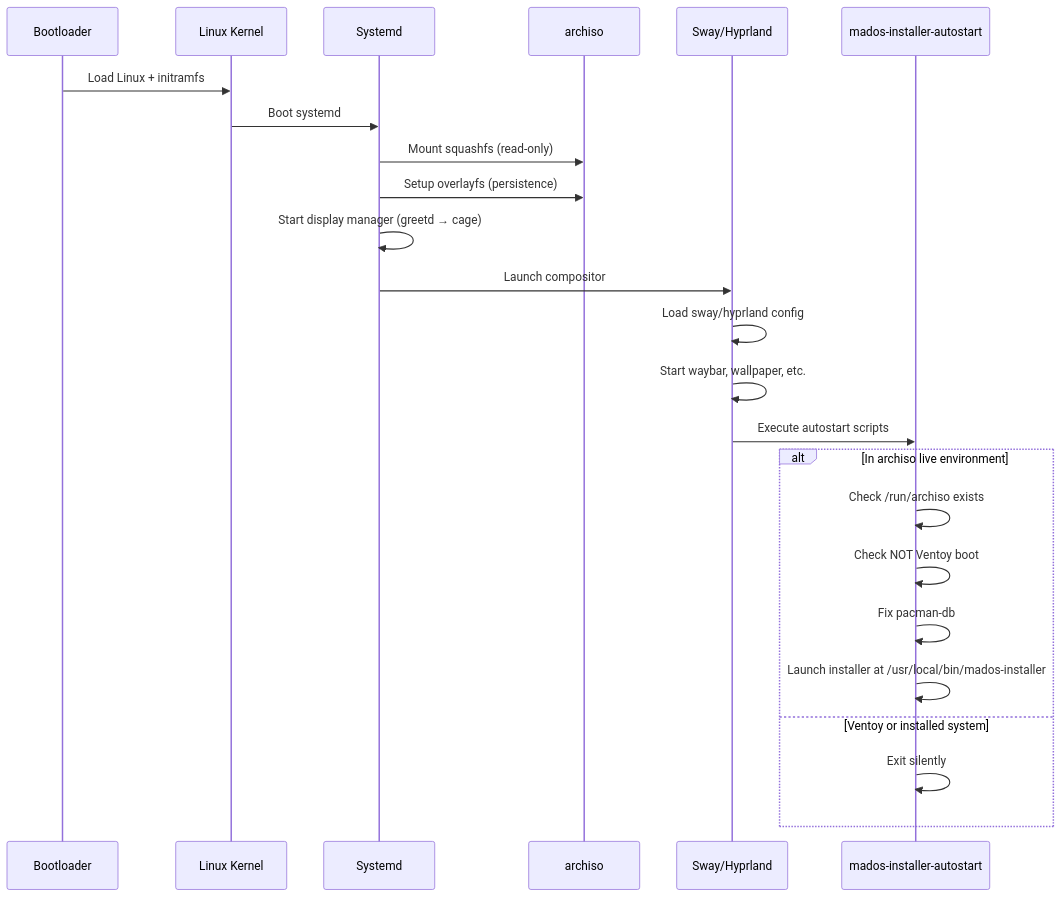
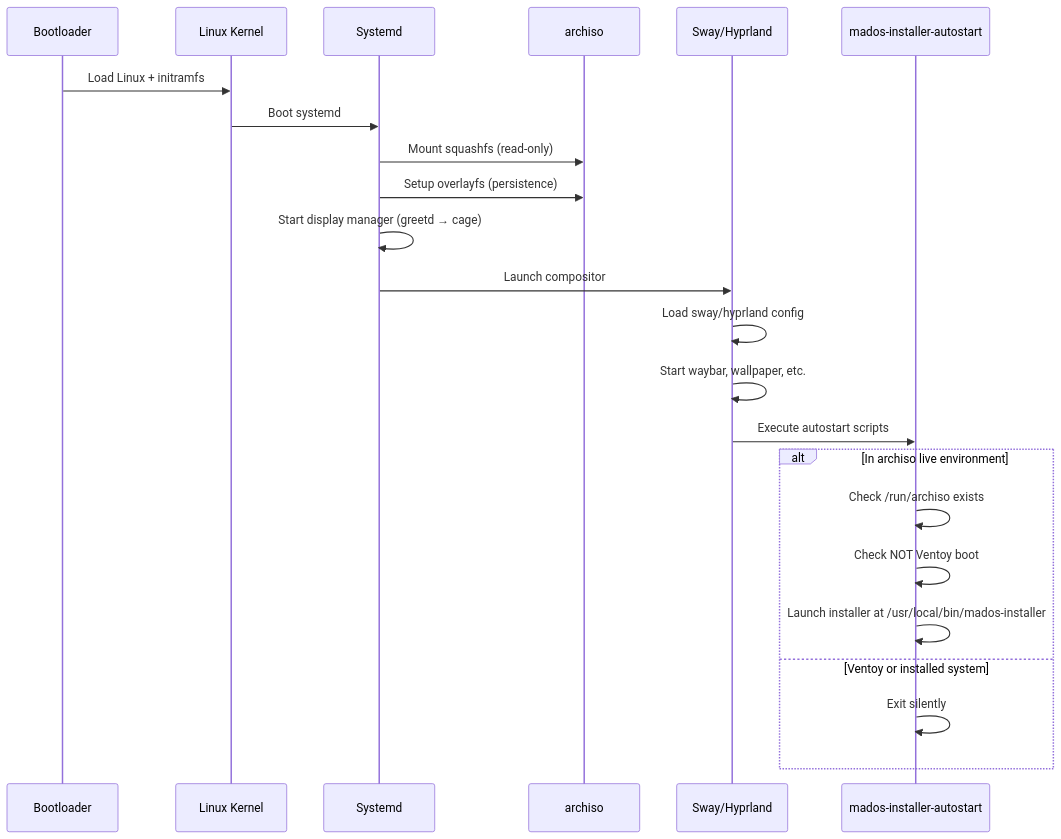
The second of 5 diagrams in docs/SEQUENCE_DIAGRAMS.md (madoslinux/mad-os), drawn with Mermaid before and after one commit. The commit also changed other lines of this file and 8 other files, not shown here.

````diff
--- a/docs/SEQUENCE_DIAGRAMS.md
+++ b/docs/SEQUENCE_DIAGRAMS.md
@@ -35,29 +35,28 @@
 ```mermaid
 sequenceDiagram
     participant B as Bootloader
     participant K as Linux Kernel
     participant S as Systemd
     participant A as archiso
     participant W as Sway/Hyprland
     participant I as mados-installer-autostart
 
     B->>K: Load Linux + initramfs
     K->>S: Boot systemd
     S->>A: Mount squashfs (read-only)
     S->>A: Setup overlayfs (persistence)
     S->>S: Start display manager (greetd → cage)
     
     S->>W: Launch compositor
     W->>W: Load sway/hyprland config
     W->>W: Start waybar, wallpaper, etc.
     
     W->>I: Execute autostart scripts
     alt In archiso live environment
         I->>I: Check /run/archiso exists
         I->>I: Check NOT Ventoy boot
-        I->>I: Fix pacman-db
         I->>I: Launch installer at /usr/local/bin/mados-installer
     else Ventoy or installed system
         I->>I: Exit silently
     end
 ```
````
